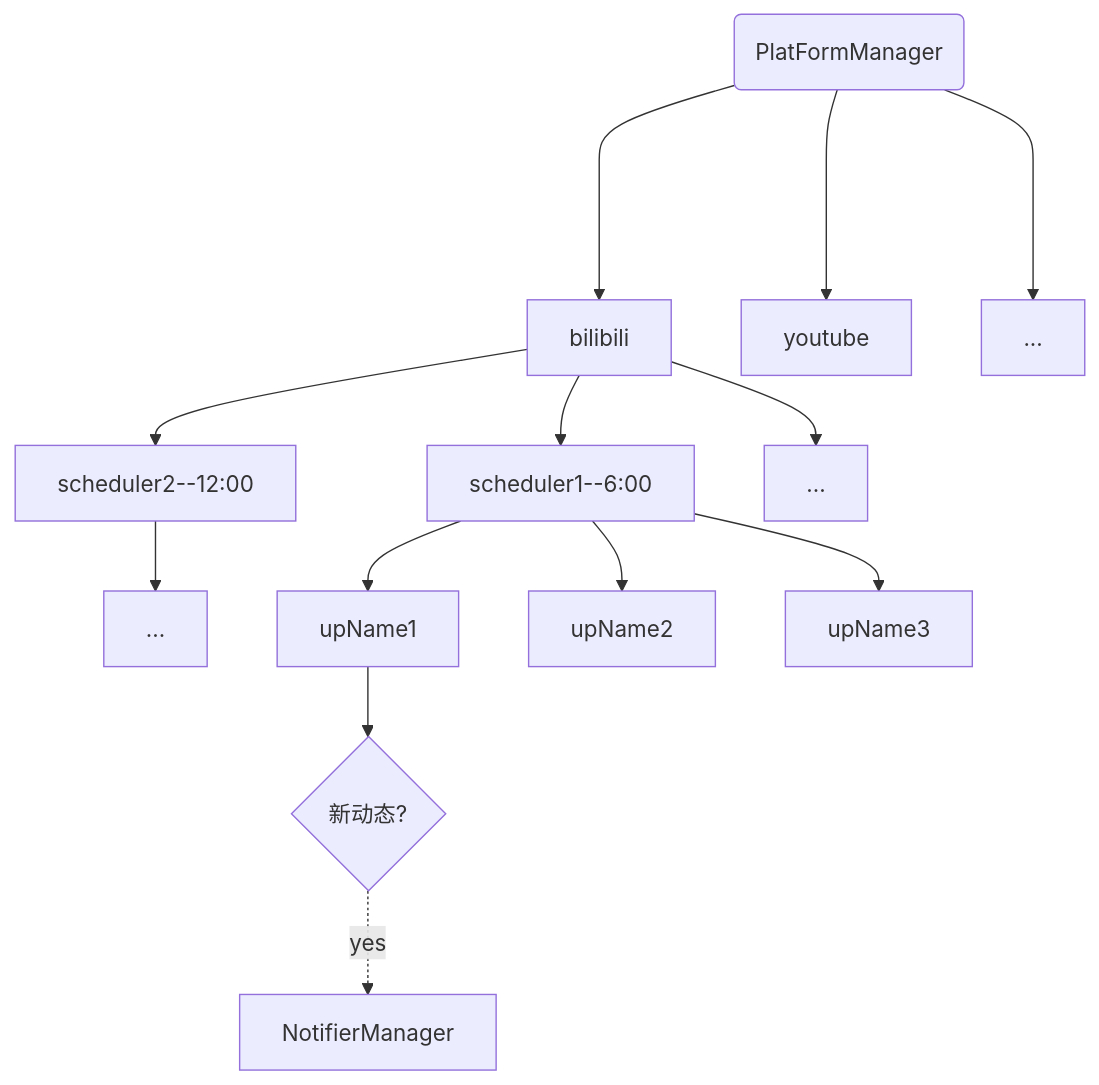
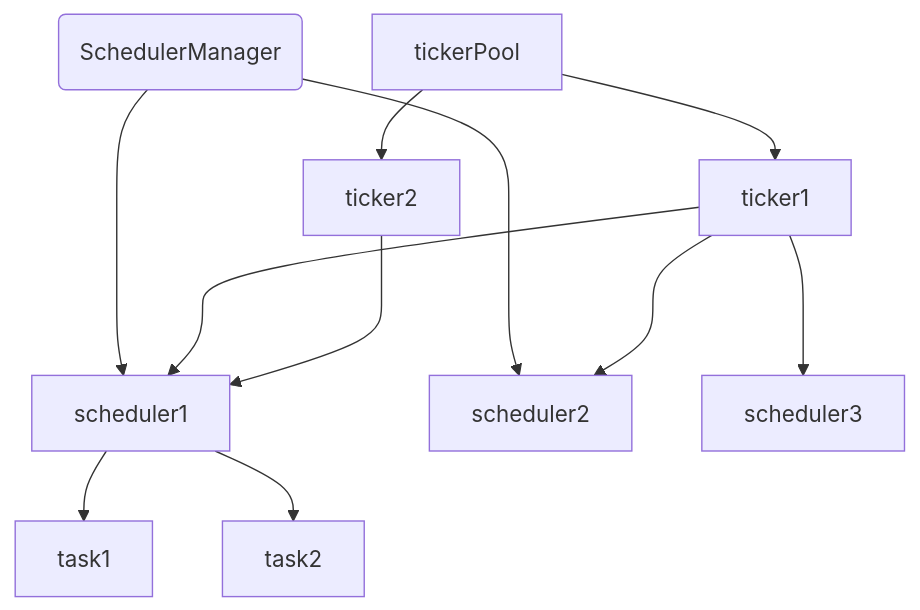
Before and after one commit to weridolin/simple-notifications: the diagram in schedulers/readme.md, drawn with Mermaid. The commit also changed other lines of this file and 3 other files, not shown here.

````diff
--- a/schedulers/readme.md
+++ b/schedulers/readme.md
@@ -5,15 +15,13 @@
 ```mermaid
 graph TB
 
-    A(PlatFormManager) ----> B[bilibili]
-    A(PlatFormManager) ----> C[youtube]
-    A(PlatFormManager) ----> F[...]
-    B[bilibili] --> D[scheduler1--6:00]
-    B[bilibili] --> E[scheduler2--12:00]-->H[...]
-    B[bilibili] --> G[...]
-    D[scheduler1--6:00]-->upName1 
-    D[scheduler1--6:00]-->upName2 
-    D[scheduler1--6:00]-->upName3
-    upName1-->J{新动态?}
-    J{新动态?} -.yes.-> K[NotifierManager]
+    A(SchedulerManager) ----> B[scheduler1]
+    A(SchedulerManager) ----> C[scheduler2]
+    B[scheduler1] --> D[task1]
+    B[scheduler1] --> E[task2]
+    F[tickerPool] --> G[ticker1] ---> B[scheduler1]
+    F[tickerPool] --> H[ticker2]    ---> B[scheduler1]
+    G[ticker1] --->  C[scheduler2]
+    G[ticker1] --->  Z[scheduler3]
+
 ```
````
